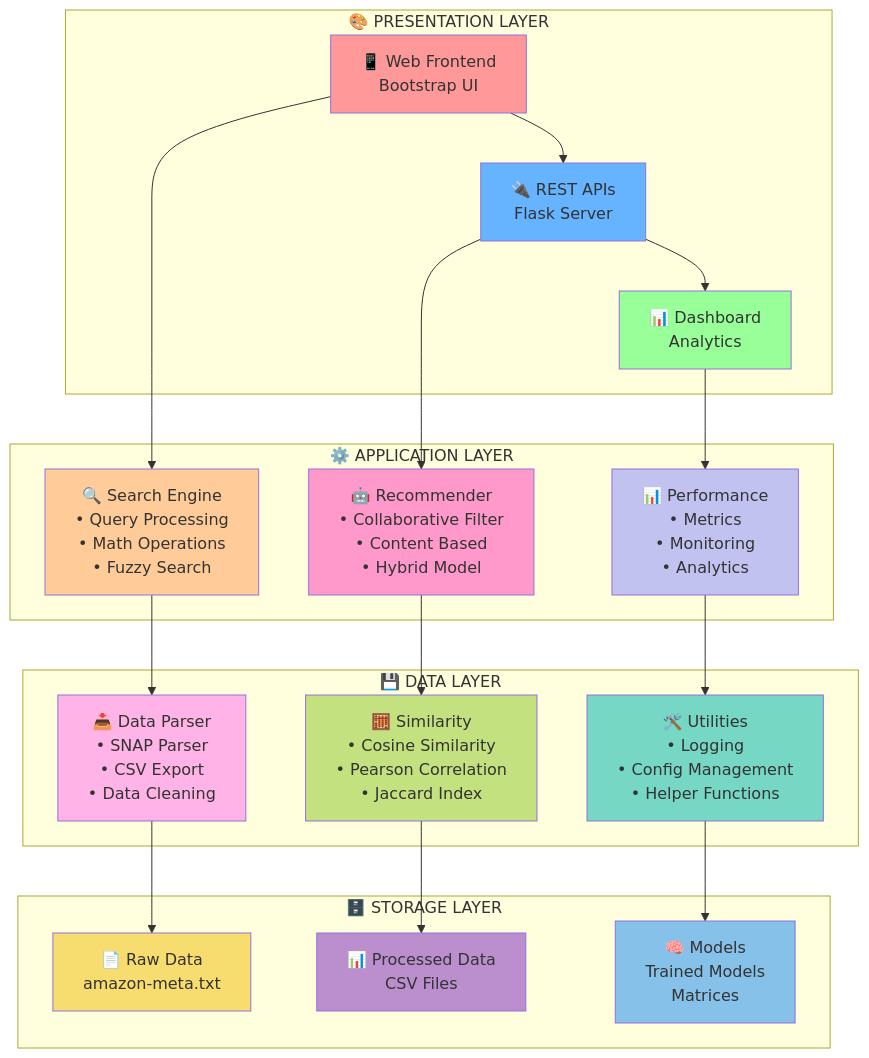
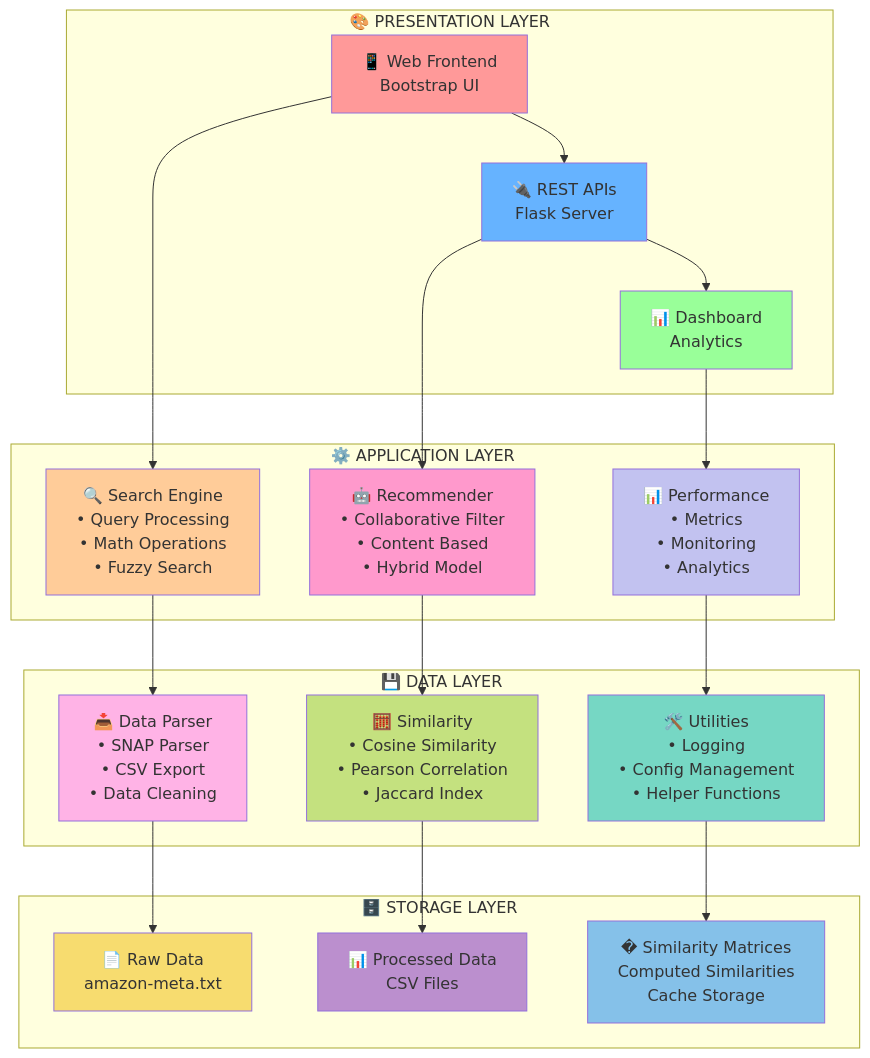
Before and after one commit to Syam-1133/Amazon-Recommender-System: the first of 2 diagrams in README.md, drawn with Mermaid. The commit also changed other lines of this file, not shown here.

````diff
--- a/README.md
+++ b/README.md
@@ -101,51 +100,51 @@
 ```mermaid
 graph TB
     subgraph "🎨 PRESENTATION LAYER"
         A[📱 Web Frontend<br/>Bootstrap UI]
         B[🔌 REST APIs<br/>Flask Server]
         C[📊 Dashboard<br/>Analytics]
     end
     
     subgraph "⚙️ APPLICATION LAYER"
         D[🔍 Search Engine<br/>• Query Processing<br/>• Math Operations<br/>• Fuzzy Search]
         E[🤖 Recommender<br/>• Collaborative Filter<br/>• Content Based<br/>• Hybrid Model]
         F[📊 Performance<br/>• Metrics<br/>• Monitoring<br/>• Analytics]
     end
     
     subgraph "💾 DATA LAYER"
         G[📥 Data Parser<br/>• SNAP Parser<br/>• CSV Export<br/>• Data Cleaning]
         H[🧮 Similarity<br/>• Cosine Similarity<br/>• Pearson Correlation<br/>• Jaccard Index]
         I[🛠️ Utilities<br/>• Logging<br/>• Config Management<br/>• Helper Functions]
     end
     
     subgraph "🗄️ STORAGE LAYER"
         J[📄 Raw Data<br/>amazon-meta.txt]
         K[📊 Processed Data<br/>CSV Files]
-        L[🧠 Models<br/>Trained Models<br/>Matrices]
+        L[� Similarity Matrices<br/>Computed Similarities<br/>Cache Storage]
     end
     
     A --> B
     B --> C
     A --> D
     B --> E
     C --> F
     D --> G
     E --> H
     F --> I
     G --> J
     H --> K
     I --> L
     
     style A fill:#ff9999
     style B fill:#66b3ff
     style C fill:#99ff99
     style D fill:#ffcc99
     style E fill:#ff99cc
     style F fill:#c2c2f0
     style G fill:#ffb3e6
     style H fill:#c4e17f
     style I fill:#76d7c4
     style J fill:#f7dc6f
     style K fill:#bb8fce
     style L fill:#85c1e9
 ```
````
